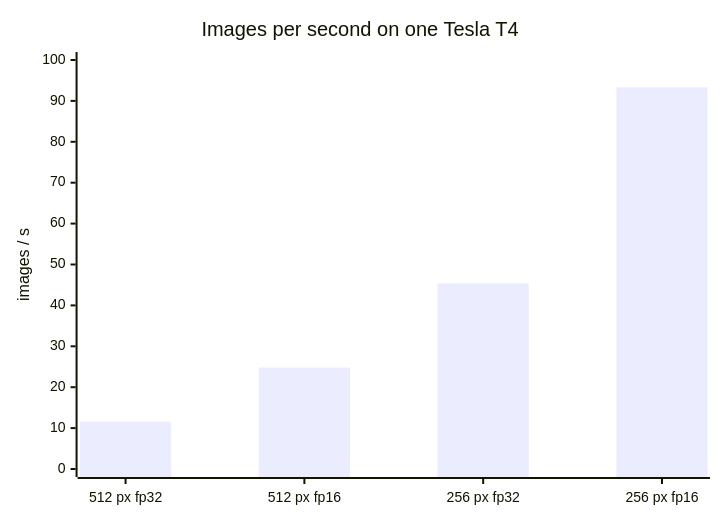
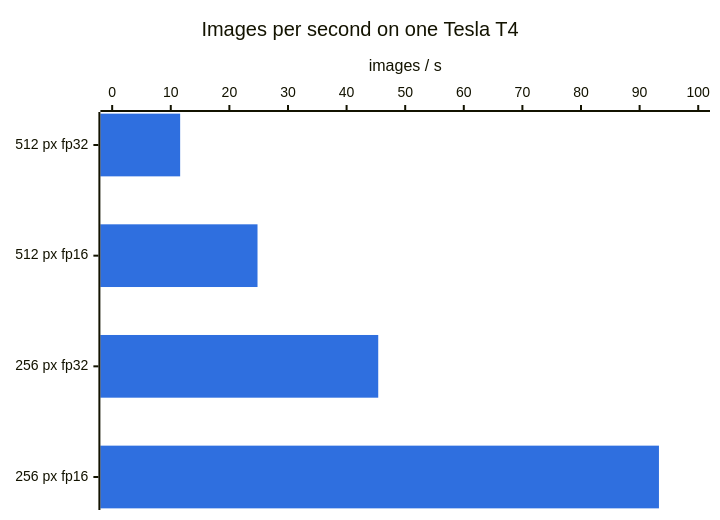
Before and after one commit to Inesaini/AdaIN-Style-Transfer: the second of 2 diagrams in README.md, drawn with Mermaid.

Commit message:
README: horizontal, colored bar charts for readability

````diff
--- a/README.md
+++ b/README.md
@@ -57,7 +57,8 @@
 ```mermaid
-xychart-beta
+%%{init: {"themeVariables": {"xyChart": {"plotColorPalette": "#2f6fdf"}}}}%%
+xychart-beta horizontal
     title "Images per second on one Tesla T4"
     x-axis ["512 px fp32", "512 px fp16", "256 px fp32", "256 px fp16"]
     y-axis "images / s" 0 --> 100
     bar [11.6, 24.8, 45.4, 93.3]
 ```
````
